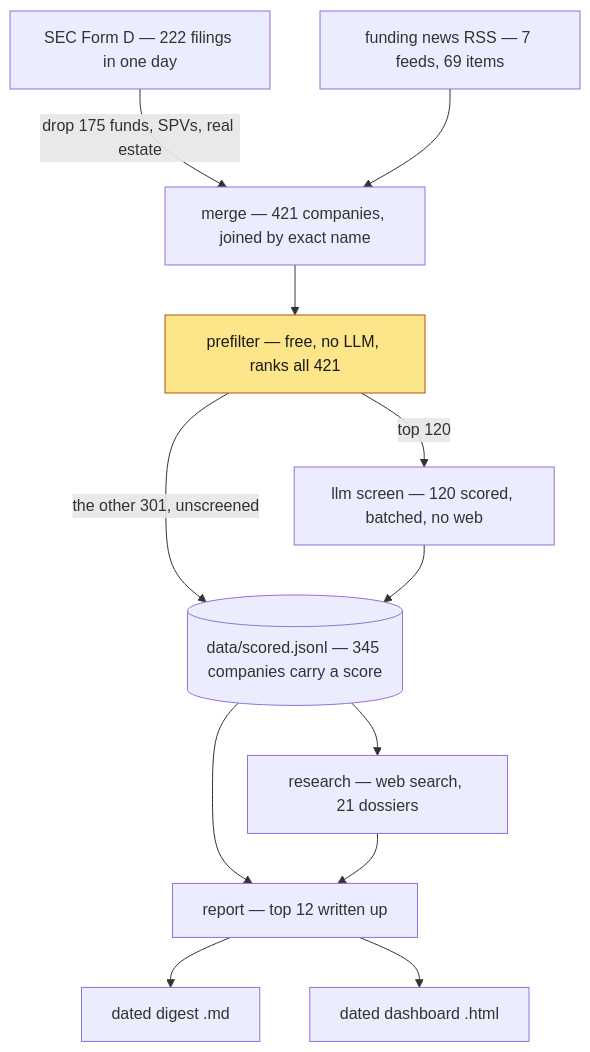
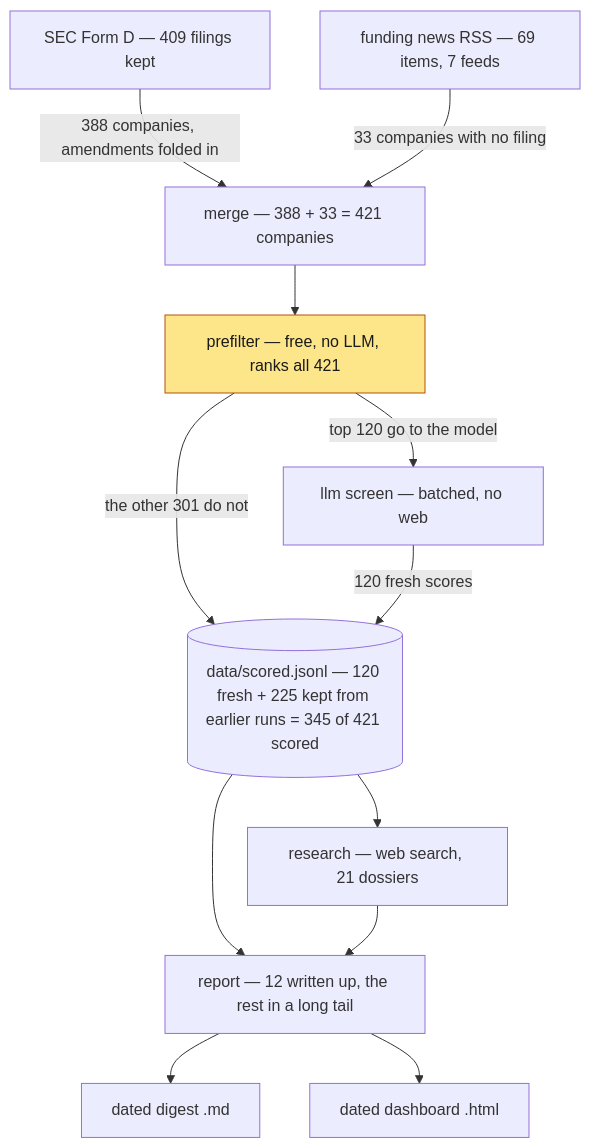
One commit to zerolocker/startup-finder changed the diagram in README.md. Above: the diagram before and after it, drawn with Mermaid. The commit also changed other lines of this file, not shown here.

First line of the commit message:
Make the diagram's numbers reconcile

````diff
--- a/README.md
+++ b/README.md
@@ -38,18 +38,18 @@
 ```mermaid
 flowchart TD
-    A["SEC Form D — 222 filings in one day"] -->|"drop 175 funds, SPVs, real estate"| C
-    B["funding news RSS — 7 feeds, 69 items"] --> C
-    C["merge — 421 companies, joined by exact name"] --> D
+    A["SEC Form D — 409 filings kept"] -->|"388 companies, amendments folded in"| C
+    B["funding news RSS — 69 items, 7 feeds"] -->|"33 companies with no filing"| C
+    C["merge — 388 + 33 = 421 companies"] --> D
     D["prefilter — free, no LLM, ranks all 421"]
-    D -->|"top 120"| E
-    D -->|"the other 301, unscreened"| S
-    E["llm screen — 120 scored, batched, no web"] --> S
-    S[("data/scored.jsonl — 345 companies carry a score")]
+    D -->|"top 120 go to the model"| E
+    D -->|"the other 301 do not"| S
+    E["llm screen — batched, no web"] -->|"120 fresh scores"| S
+    S[("data/scored.jsonl — 120 fresh + 225 kept from earlier runs = 345 of 421 scored")]
     S --> F & R
     F["research — web search, 21 dossiers"] --> R
-    R["report — top 12 written up"] --> G["dated digest .md"]
+    R["report — 12 written up, the rest in a long tail"] --> G["dated digest .md"]
     R --> H["dated dashboard .html"]
 
     classDef gate fill:#fde68a,stroke:#b45309,color:#1a1a19
     class D gate
 ```
````
